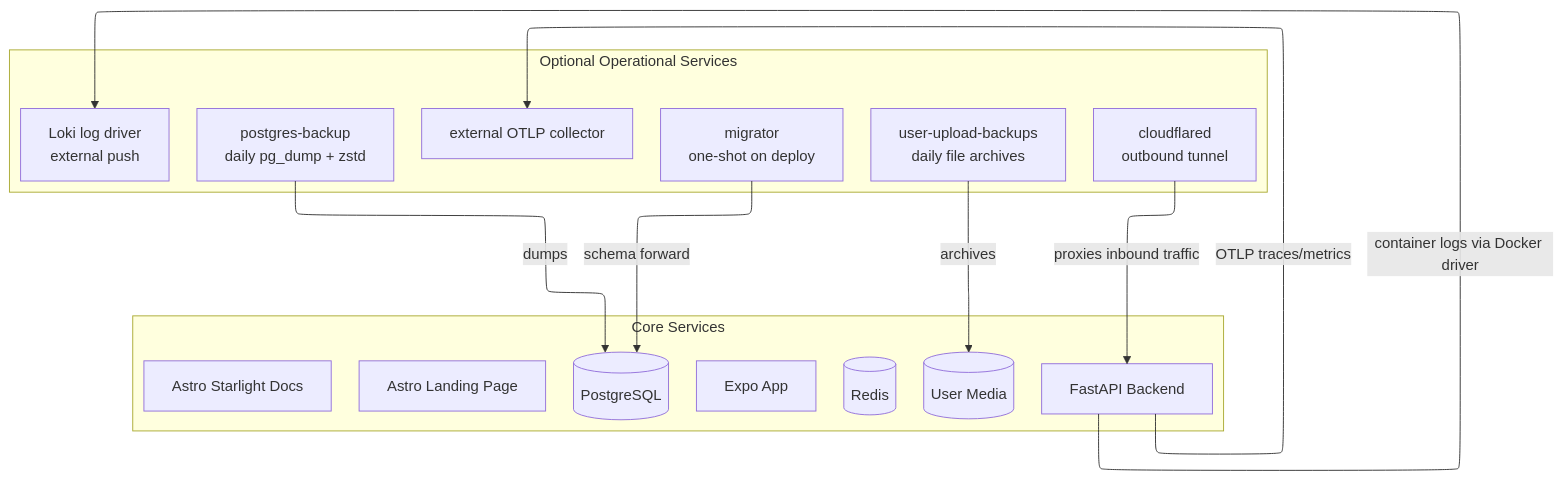
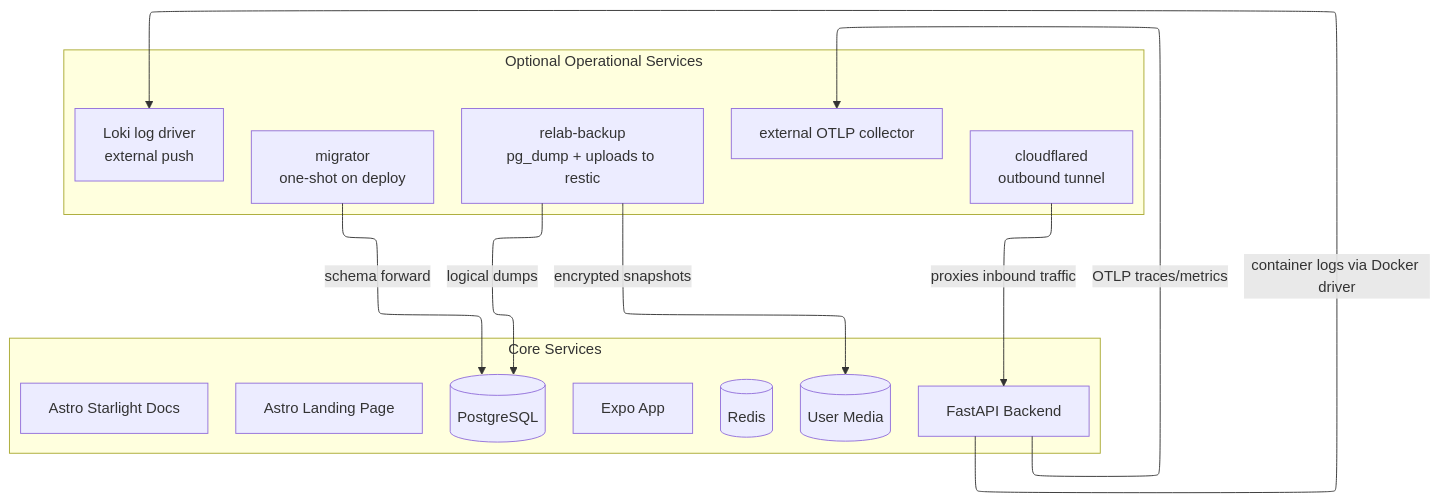
Before and after one commit to CMLPlatform/relab: the diagram in docs/src/content/docs/operations/deployment.mdx, drawn with Mermaid. The commit also changed other lines of this file and 3 other files, not shown here.

Commit message:
docs: document backup and compose policy flow

````diff
--- a/docs/src/content/docs/operations/deployment.mdx
+++ b/docs/src/content/docs/operations/deployment.mdx
@@ -12,32 +12,31 @@
 ```mermaid
 ---
 config:
     layout: elk
 ---
 graph TD
     subgraph Core ["Core Services"]
         Backend[FastAPI Backend]
         DB[(PostgreSQL)]
         Cache[(Redis)]
         Uploads[(User Media)]
         FrontendApp[Expo App]
         FrontendWeb[Astro Landing Page]
         Docs[Astro Starlight Docs]
     end
 
     subgraph Operational ["Optional Operational Services"]
         Migrations[migrator\none-shot on deploy]
-        DBBackups[postgres-backup\ndaily pg_dump + zstd]
-        UploadBackups[user-upload-backups\ndaily file archives]
+        Backups[relab-backup\npg_dump + uploads to restic]
         Cloudflared[cloudflared\noutbound tunnel]
         Loki[Loki log driver\nexternal push]
         OTel[external OTLP collector]
     end
 
     Migrations -->|schema forward| DB
-    DBBackups -->|dumps| DB
-    UploadBackups -->|archives| Uploads
+    Backups -->|logical dumps| DB
+    Backups -->|encrypted snapshots| Uploads
     Cloudflared -->|proxies inbound traffic| Backend
     Backend -->|OTLP traces/metrics| OTel
     Backend -->|container logs via Docker driver| Loki
 ```
````
